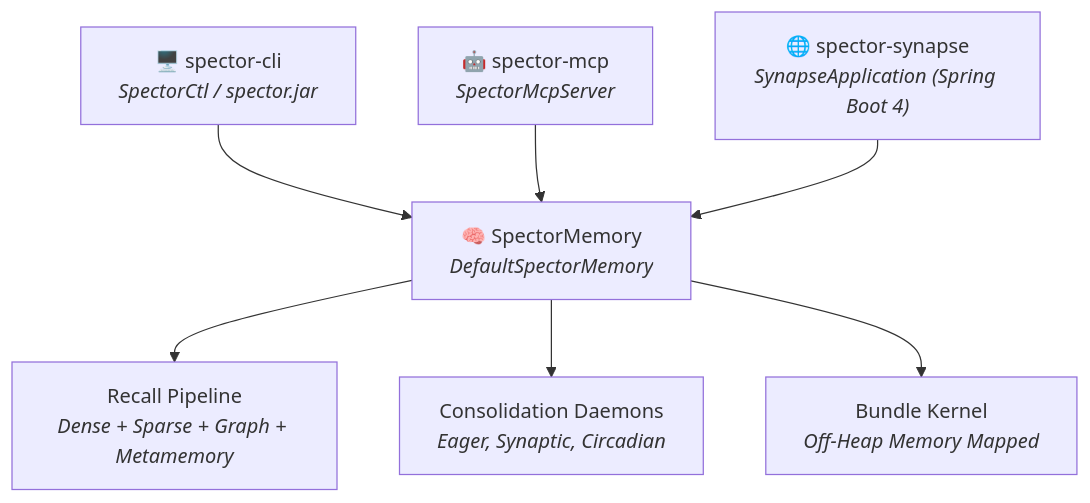
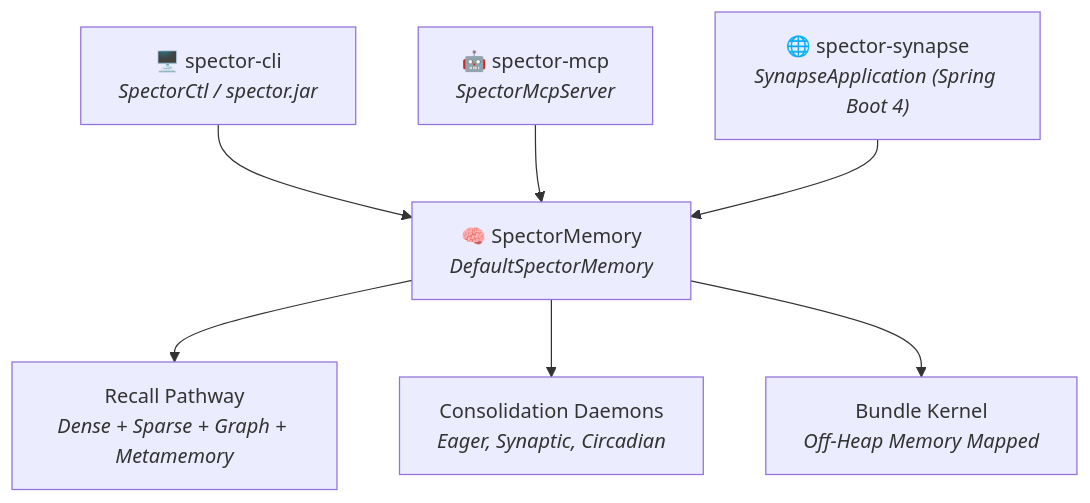
One commit to spectrayan/spector changed the third of 3 diagrams in docs/docs/modules/index.md. Above: the diagram before and after it, drawn with Mermaid. The commit also changed other lines of this file and 23 other files, not shown here.

First line of the commit message:
docs(memory): update terminology from ingestion and recall pipeline to cognitive pathways

````diff
--- a/docs/docs/modules/index.md
+++ b/docs/docs/modules/index.md
@@ -108,14 +108,14 @@
 ```mermaid
 graph TD
     cli["🖥️ spector-cli<br/><i>SpectorCtl / spector.jar</i>"]
     mcp["🤖 spector-mcp<br/><i>SpectorMcpServer</i>"]
     synapseapp["🌐 spector-synapse<br/><i>SynapseApplication (Spring Boot 4)</i>"]
 
     cli --> memory["🧠 SpectorMemory<br/><i>DefaultSpectorMemory</i>"]
     mcp --> memory
     synapseapp --> memory
 
-    memory --> recall["Recall Pipeline<br/><i>Dense + Sparse + Graph + Metamemory</i>"]
+    memory --> recall["Recall Pathway<br/><i>Dense + Sparse + Graph + Metamemory</i>"]
     memory --> daemons["Consolidation Daemons<br/><i>Eager, Synaptic, Circadian</i>"]
     memory --> storage["Bundle Kernel<br/><i>Off-Heap Memory Mapped</i>"]
 ```
````
